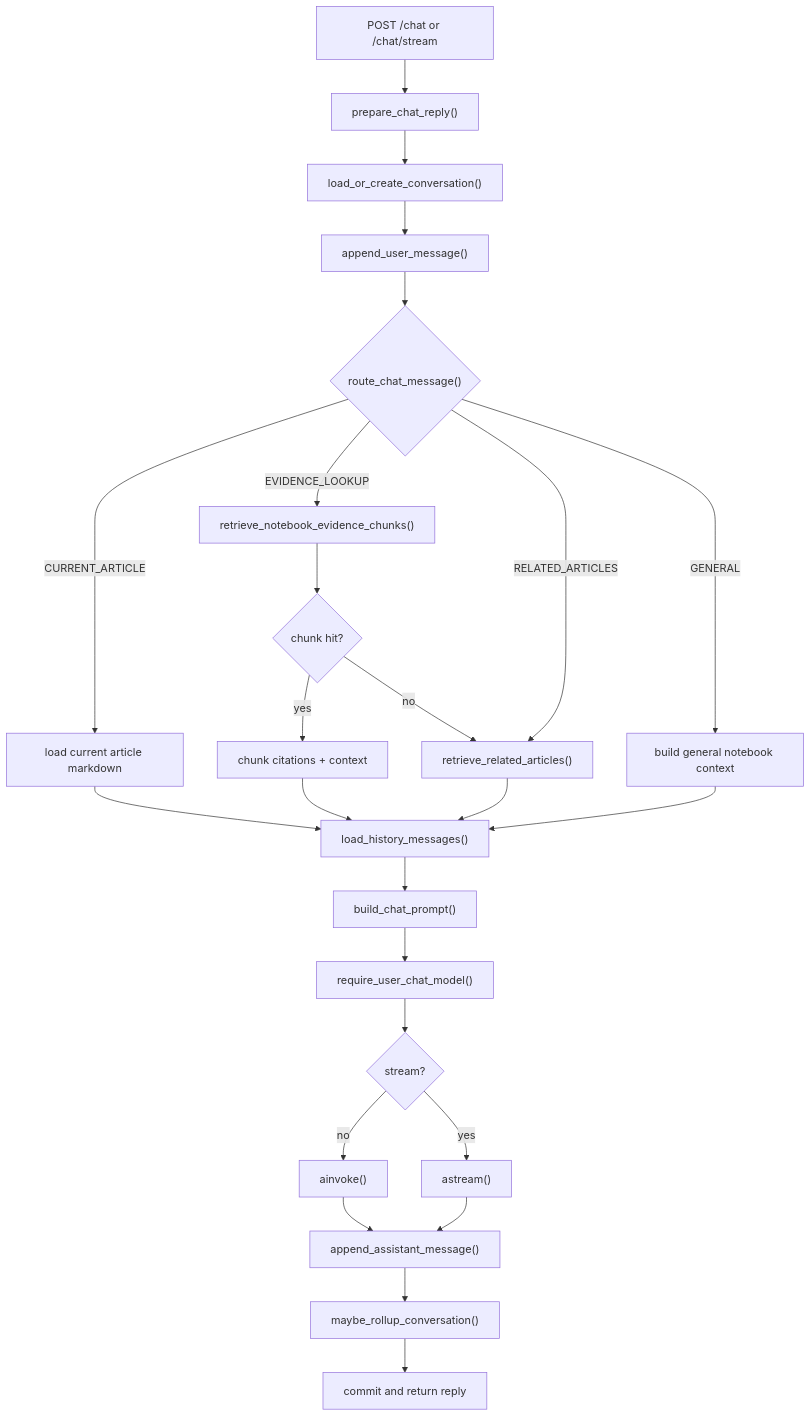
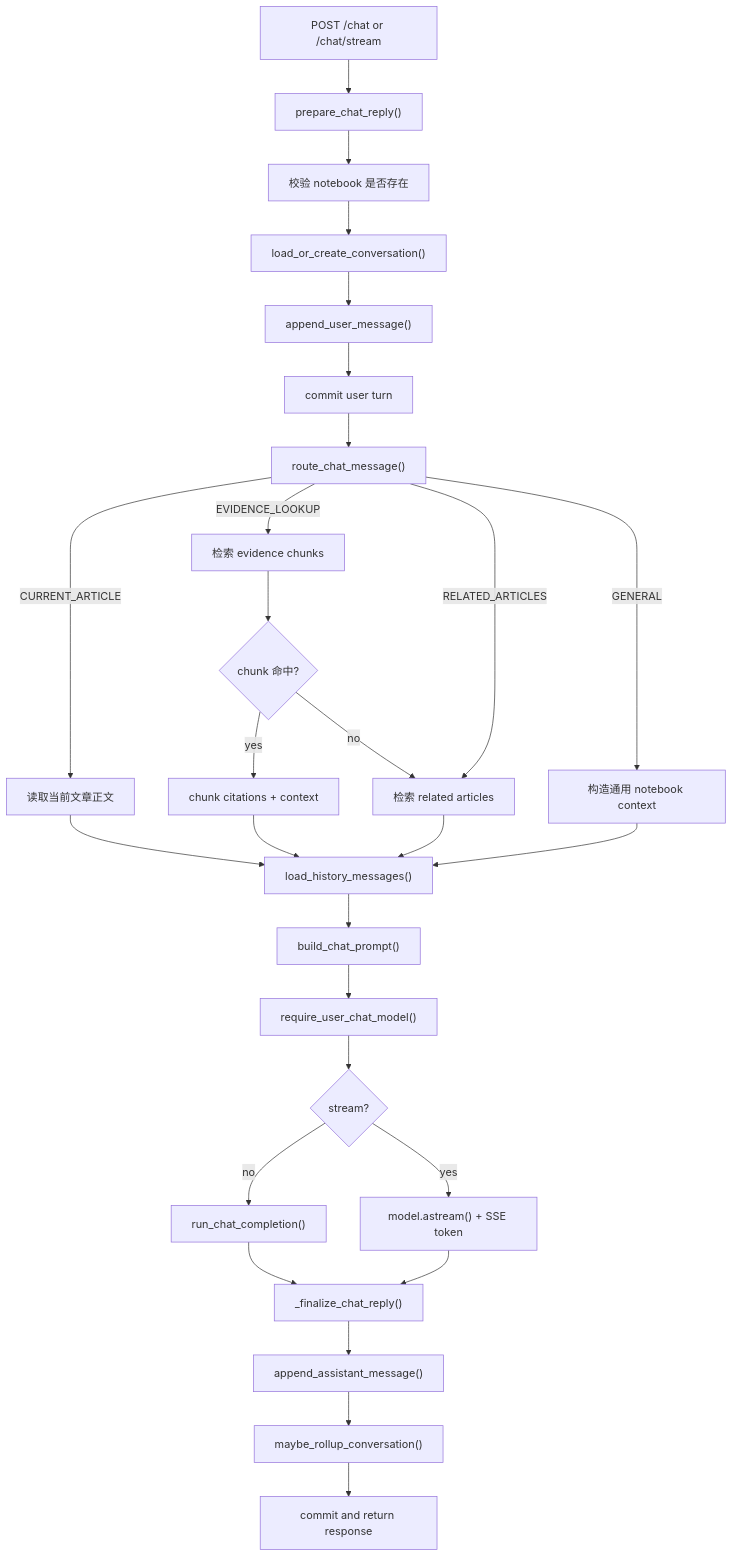
One commit to jiyue333/notebooklm changed diagram 14 of 20 in docs/system-architecture.md. Above: the diagram before and after it, drawn with Mermaid. The commit also changed other lines of this file and 89 other files, not shown here.

````diff
--- a/docs/system-architecture.md
+++ b/docs/system-architecture.md
@@ -647,31 +662,34 @@
 ```mermaid
 flowchart TD
     A["POST /chat or /chat/stream"] --> B["prepare_chat_reply()"]
-    B --> C["load_or_create_conversation()"]
-    C --> D["append_user_message()"]
-    D --> E{"route_chat_message()"}
+    B --> C["校验 notebook 是否存在"]
+    C --> D["load_or_create_conversation()"]
+    D --> E["append_user_message()"]
+    E --> F["commit user turn"]
+    F --> G["route_chat_message()"]
 
-    E -->|"CURRENT_ARTICLE"| F["load current article markdown"]
-    E -->|"EVIDENCE_LOOKUP"| G["retrieve_notebook_evidence_chunks()"]
-    E -->|"RELATED_ARTICLES"| H["retrieve_related_articles()"]
-    E -->|"GENERAL"| I["build general notebook context"]
+    G -->|"CURRENT_ARTICLE"| H["读取当前文章正文"]
+    G -->|"EVIDENCE_LOOKUP"| I["检索 evidence chunks"]
+    G -->|"RELATED_ARTICLES"| J["检索 related articles"]
+    G -->|"GENERAL"| K["构造通用 notebook context"]
 
-    G --> J{"chunk hit?"}
-    J -->|"yes"| K["chunk citations + context"]
-    J -->|"no"| H
+    I --> L{"chunk 命中?"}
+    L -->|"yes"| M["chunk citations + context"]
+    L -->|"no"| J
 
-    F --> L["load_history_messages()"]
-    K --> L
-    H --> L
-    I --> L
+    H --> N["load_history_messages()"]
+    M --> N
+    J --> N
+    K --> N
 
-    L --> M["build_chat_prompt()"]
-    M --> N["require_user_chat_model()"]
-    N --> O{"stream?"}
-    O -->|"no"| P["ainvoke()"]
-    O -->|"yes"| Q["astream()"]
-    P --> R["append_assistant_message()"]
-    Q --> R
-    R --> S["maybe_rollup_conversation()"]
-    S --> T["commit and return reply"]
+    N --> O["build_chat_prompt()"]
+    O --> P["require_user_chat_model()"]
+    P --> Q{"stream?"}
+    Q -->|"no"| R["run_chat_completion()"]
+    Q -->|"yes"| S["model.astream() + SSE token"]
+    R --> T["_finalize_chat_reply()"]
+    S --> T
+    T --> U["append_assistant_message()"]
+    U --> V["maybe_rollup_conversation()"]
+    V --> W["commit and return response"]
 ```
````
